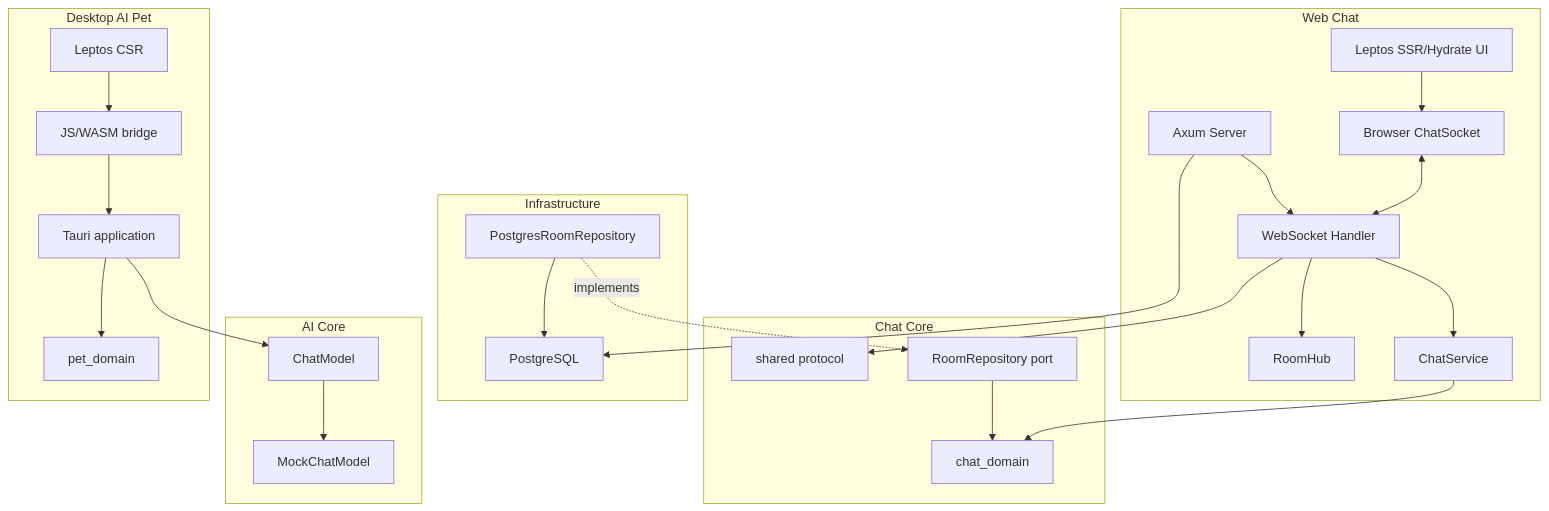
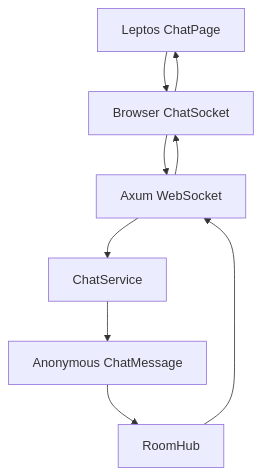
The first of 2 diagrams in README.md (williechen/rust_ai_chat), drawn with Mermaid before and after one commit. The commit also changed other lines of this file, not shown here.

Commit message:
docs: reorganize README against current repository implementation

````diff
--- a/README.md
+++ b/README.md
@@ -671,54 +68,11 @@
 ```mermaid
-flowchart TB
-    subgraph WebChat["Web Chat"]
-        Browser["Leptos SSR/Hydrate UI"]
-        Socket["Browser ChatSocket"]
-        Axum["Axum Server"]
-        WS["WebSocket Handler"]
-        Hub["RoomHub"]
-        ChatService["ChatService"]
-    end
-
-    subgraph ChatCore["Chat Core"]
-        ChatDomain["chat_domain"]
-        Shared["shared protocol"]
-        RoomPort["RoomRepository port"]
-    end
-
-    subgraph Infra["Infrastructure"]
-        PgAdapter["PostgresRoomRepository"]
-        PG["PostgreSQL"]
-    end
-
-    subgraph AI["AI Core"]
-        ChatModel["ChatModel"]
-        Mock["MockChatModel"]
-    end
-
-    subgraph Desktop["Desktop AI Pet"]
-        PetUI["Leptos CSR"]
-        Bridge["JS/WASM bridge"]
-        Tauri["Tauri application"]
-        PetDomain["pet_domain"]
-    end
-
-    Browser --> Socket
-    Socket <--> WS
-    WS --> Hub
-    WS --> ChatService
-    ChatService --> ChatDomain
-    WS --> Shared
-
-    RoomPort --> ChatDomain
-    PgAdapter -. implements .-> RoomPort
-    PgAdapter --> PG
-
-    PetUI --> Bridge
-    Bridge --> Tauri
-    Tauri --> PetDomain
-    Tauri --> ChatModel
-    ChatModel --> Mock
-
-    Axum --> WS
-    Axum --> PG
+flowchart TD
+    UI["Leptos ChatPage"] --> Socket["Browser ChatSocket"]
+    Socket --> WS["Axum WebSocket"]
+    WS --> Service["ChatService"]
+    Service --> Message["Anonymous ChatMessage"]
+    Message --> Hub["RoomHub"]
+    Hub --> WS
+    WS --> Socket
+    Socket --> UI
 ```
````
